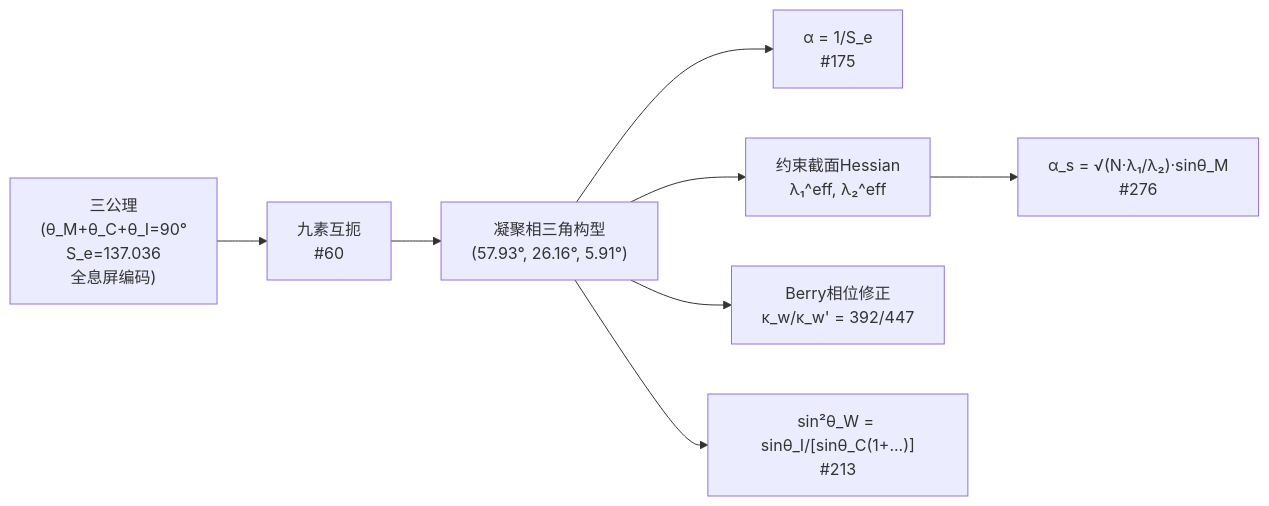
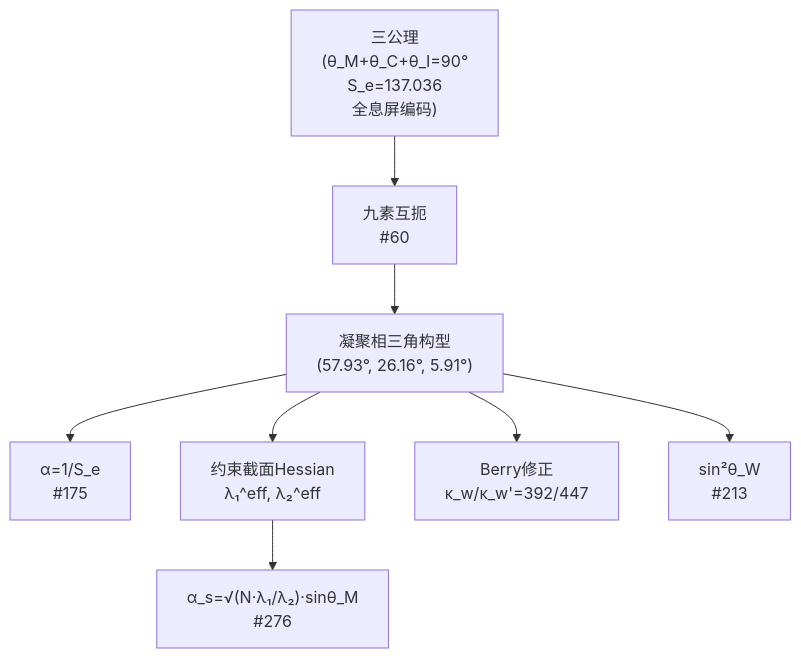
Before and after one commit to sdoygb/geometry-ai-server: the diagram in app/articles/GT-Vault/Vol-5_标准模型重建/5.6_耦合常数的Hessian谱统一.md, drawn with Mermaid.

Commit message:
AI修改: GT-Vault/Vol-5_标准模型重建/5.6_耦合常数的Hessian谱统一.md (165行)

````diff
--- a/app/articles/GT-Vault/Vol-5_标准模型重建/5.6_耦合常数的Hessian谱统一.md
+++ b/app/articles/GT-Vault/Vol-5_标准模型重建/5.6_耦合常数的Hessian谱统一.md
@@ -77,10 +77,10 @@
 ```mermaid
-flowchart LR
+flowchart TD
     Axioms["三公理\n(θ_M+θ_C+θ_I=90°\nS_e=137.036\n全息屏编码)"] --> JC["九素互扼\n#60"]
     JC --> SA["凝聚相三角构型\n(57.93°, 26.16°, 5.91°)"]
-    SA --> alpha["α = 1/S_e\n#175"]
+    SA --> alpha["α=1/S_e\n#175"]
     SA --> Hessian["约束截面Hessian\nλ₁^eff, λ₂^eff"]
-    Hessian --> alphas["α_s = √(N·λ₁/λ₂)·sinθ_M\n#276"]
-    SA --> Berry["Berry相位修正\nκ_w/κ_w' = 392/447"]
-    SA --> thetaW["sin²θ_W = sinθ_I/[sinθ_C(1+...)]\n#213"]
+    SA --> Berry["Berry修正\nκ_w/κ_w'=392/447"]
+    SA --> thetaW["sin²θ_W\n#213"]
+    Hessian --> alphas["α_s=√(N·λ₁/λ₂)·sinθ_M\n#276"]
 ```
````
